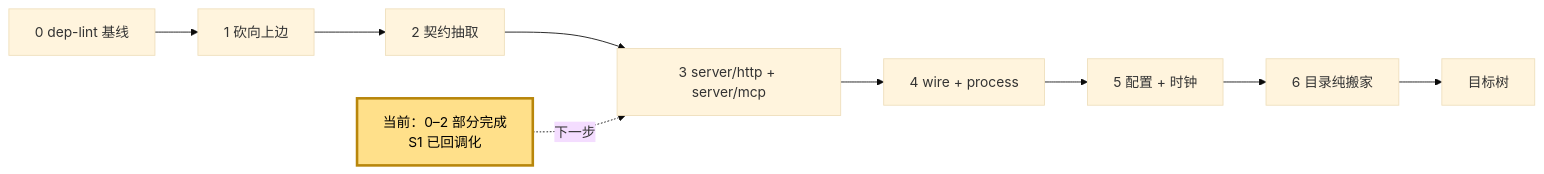
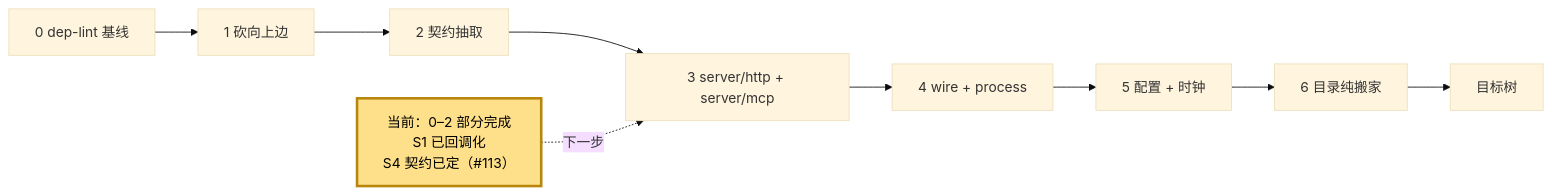
The fifth of 5 diagrams in docs/architecture.md (webxxxxx/plugin-manager), drawn with Mermaid (base theme) before and after one commit. The commit also changed other lines of this file and 13 other files, not shown here.

````diff
--- a/docs/architecture.md
+++ b/docs/architecture.md
@@ -376,15 +376,15 @@
 ```mermaid
 flowchart LR
     S0["0 dep-lint 基线"] --> S1["1 砍向上边"]
     S1 --> S2["2 契约抽取"]
     S2 --> S3["3 server/http + server/mcp"]
     S3 --> S4["4 wire + process"]
     S4 --> S5["5 配置 + 时钟"]
     S5 --> S6["6 目录纯搬家"]
     S6 --> DONE["目标树"]
 
-    NOW["当前：0–2 部分完成<br/>S1 已回调化"]:::current
+    NOW["当前：0–2 部分完成<br/>S1 已回调化<br/>S4 契约已定（#113）"]:::current
     NOW -.->|下一步| S3
 
     classDef current fill:#ffe08a,stroke:#b8860b,stroke-width:3px,color:#000
 ```
````
